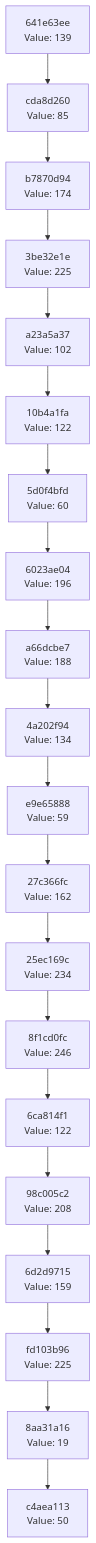
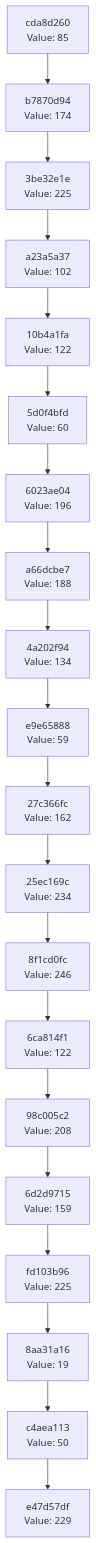
The diagram in docs/CHAIN_VISUALIZATION.md (Abhisheksinha1506/hash-chain-evolver), drawn with Mermaid before and after one commit. The commit also changed 2 other files, not shown here.

Commit message:
Evolution step: hash 0xE5 → action executed

````diff
--- a/docs/CHAIN_VISUALIZATION.md
+++ b/docs/CHAIN_VISUALIZATION.md
@@ -3,42 +3,42 @@
 ```mermaid
 graph TD
-    C0["c4aea113<br/>Value: 50"]
-    C1["8aa31a16<br/>Value: 19"]
+    C0["e47d57df<br/>Value: 229"]
+    C1["c4aea113<br/>Value: 50"]
     C1 --> C0
-    C2["fd103b96<br/>Value: 225"]
+    C2["8aa31a16<br/>Value: 19"]
     C2 --> C1
-    C3["6d2d9715<br/>Value: 159"]
+    C3["fd103b96<br/>Value: 225"]
     C3 --> C2
-    C4["98c005c2<br/>Value: 208"]
+    C4["6d2d9715<br/>Value: 159"]
     C4 --> C3
-    C5["6ca814f1<br/>Value: 122"]
+    C5["98c005c2<br/>Value: 208"]
     C5 --> C4
-    C6["8f1cd0fc<br/>Value: 246"]
+    C6["6ca814f1<br/>Value: 122"]
     C6 --> C5
-    C7["25ec169c<br/>Value: 234"]
+    C7["8f1cd0fc<br/>Value: 246"]
     C7 --> C6
-    C8["27c366fc<br/>Value: 162"]
+    C8["25ec169c<br/>Value: 234"]
     C8 --> C7
-    C9["e9e65888<br/>Value: 59"]
+    C9["27c366fc<br/>Value: 162"]
     C9 --> C8
-    C10["4a202f94<br/>Value: 134"]
+    C10["e9e65888<br/>Value: 59"]
     C10 --> C9
-    C11["a66dcbe7<br/>Value: 188"]
+    C11["4a202f94<br/>Value: 134"]
     C11 --> C10
-    C12["6023ae04<br/>Value: 196"]
+    C12["a66dcbe7<br/>Value: 188"]
     C12 --> C11
-    C13["5d0f4bfd<br/>Value: 60"]
+    C13["6023ae04<br/>Value: 196"]
     C13 --> C12
-    C14["10b4a1fa<br/>Value: 122"]
+    C14["5d0f4bfd<br/>Value: 60"]
     C14 --> C13
-    C15["a23a5a37<br/>Value: 102"]
+    C15["10b4a1fa<br/>Value: 122"]
     C15 --> C14
-    C16["3be32e1e<br/>Value: 225"]
+    C16["a23a5a37<br/>Value: 102"]
     C16 --> C15
-    C17["b7870d94<br/>Value: 174"]
+    C17["3be32e1e<br/>Value: 225"]
     C17 --> C16
-    C18["cda8d260<br/>Value: 85"]
+    C18["b7870d94<br/>Value: 174"]
     C18 --> C17
-    C19["641e63ee<br/>Value: 139"]
+    C19["cda8d260<br/>Value: 85"]
     C19 --> C18
 ```
````
